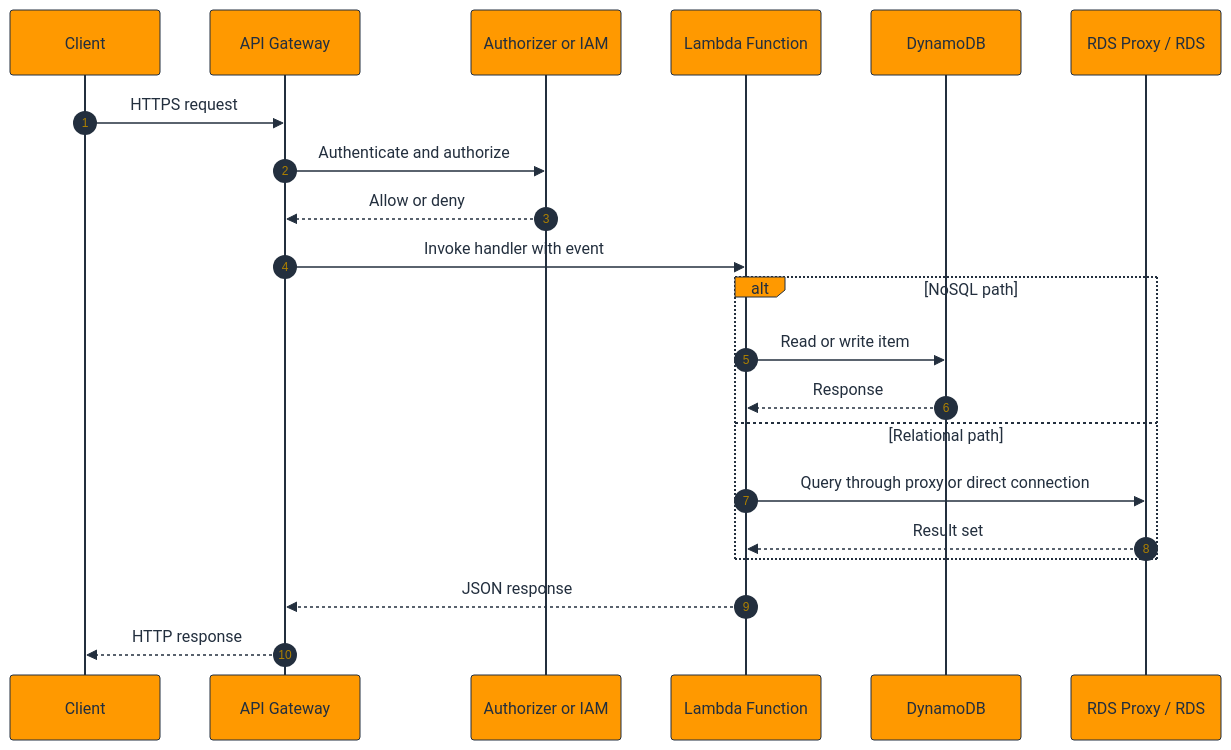
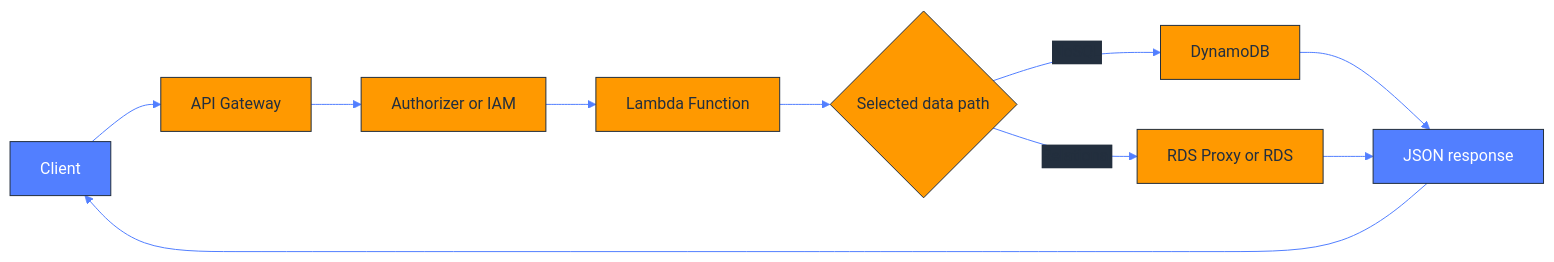
The tenth of 21 diagrams in Architecture/README.md (ShasidharReddy/AWS-Cloud-Engineer), drawn with Mermaid before and after one commit. The commit also changed other lines of this file and 14 other files, not shown here.

Commit message:
fix: resolve Mermaid rendering errors and add official AWS documentation links (#4)

````diff
--- a/Architecture/README.md
+++ b/Architecture/README.md
@@ -965,24 +965,18 @@
 ```mermaid
 %%{init: {'theme':'base','themeVariables': {'primaryColor':'#FF9900','primaryTextColor':'#232F3E','primaryBorderColor':'#232F3E','secondaryColor':'#232F3E','secondaryTextColor':'#FFFFFF','tertiaryColor':'#527FFF','tertiaryTextColor':'#FFFFFF','lineColor':'#527FFF'}}}%%
-sequenceDiagram
-    autonumber
-    participant C as Client
-    participant APIGW as API Gateway
-    participant Auth as Authorizer or IAM
-    participant L as Lambda Function
-    participant DDB as DynamoDB
-    participant RDS as RDS Proxy / RDS
-    C->>APIGW: HTTPS request
-    APIGW->>Auth: Authenticate and authorize
-    Auth-->>APIGW: Allow or deny
-    APIGW->>L: Invoke handler with event
-    alt NoSQL path
-        L->>DDB: Read or write item
-        DDB-->>L: Response
-    else Relational path
-        L->>RDS: Query through proxy or direct connection
-        RDS-->>L: Result set
-    end
-    L-->>APIGW: JSON response
-    APIGW-->>C: HTTP response
+flowchart LR
+    Client[Client] --> APIGW[API Gateway]
+    APIGW --> Auth[Authorizer or IAM]
+    Auth --> Lambda[Lambda Function]
+    Lambda --> DataPath{Selected data path}
+    DataPath -->|NoSQL| DDB[DynamoDB]
+    DataPath -->|Relational| RDS[RDS Proxy or RDS]
+    DDB --> Json[JSON response]
+    RDS --> Json
+    Json --> Client
+    classDef aws fill:#FF9900,color:#232F3E,stroke:#232F3E;
+    classDef dark fill:#232F3E,color:#fff,stroke:#232F3E;
+    classDef blue fill:#527FFF,color:#fff,stroke:#232F3E;
+    class APIGW,Auth,Lambda,DataPath,DDB,RDS aws;
+    class Client,Json blue;
 ```
````
